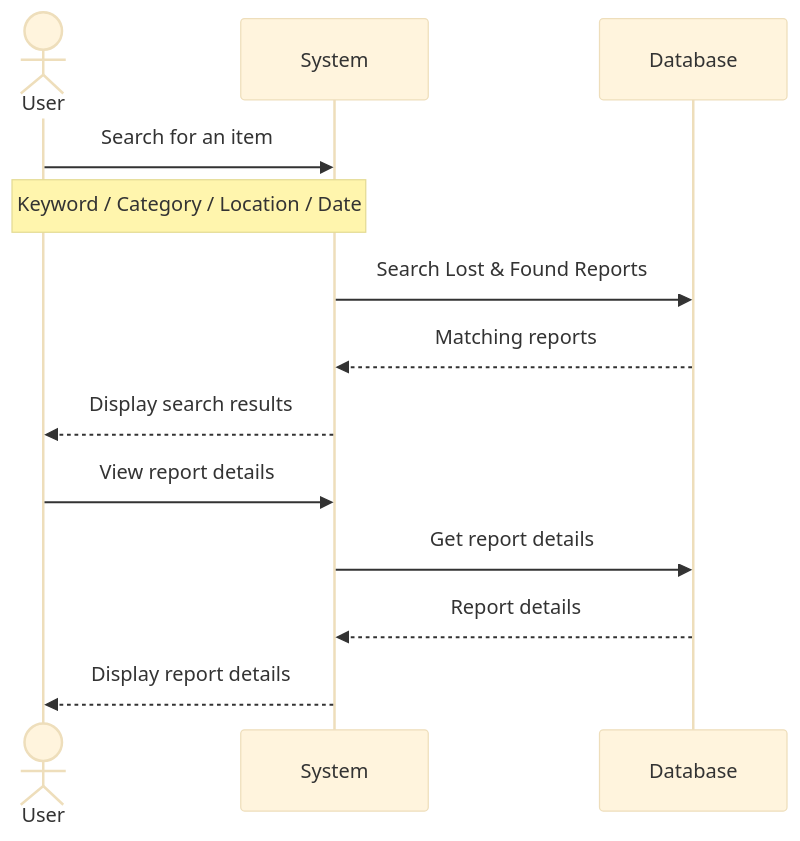
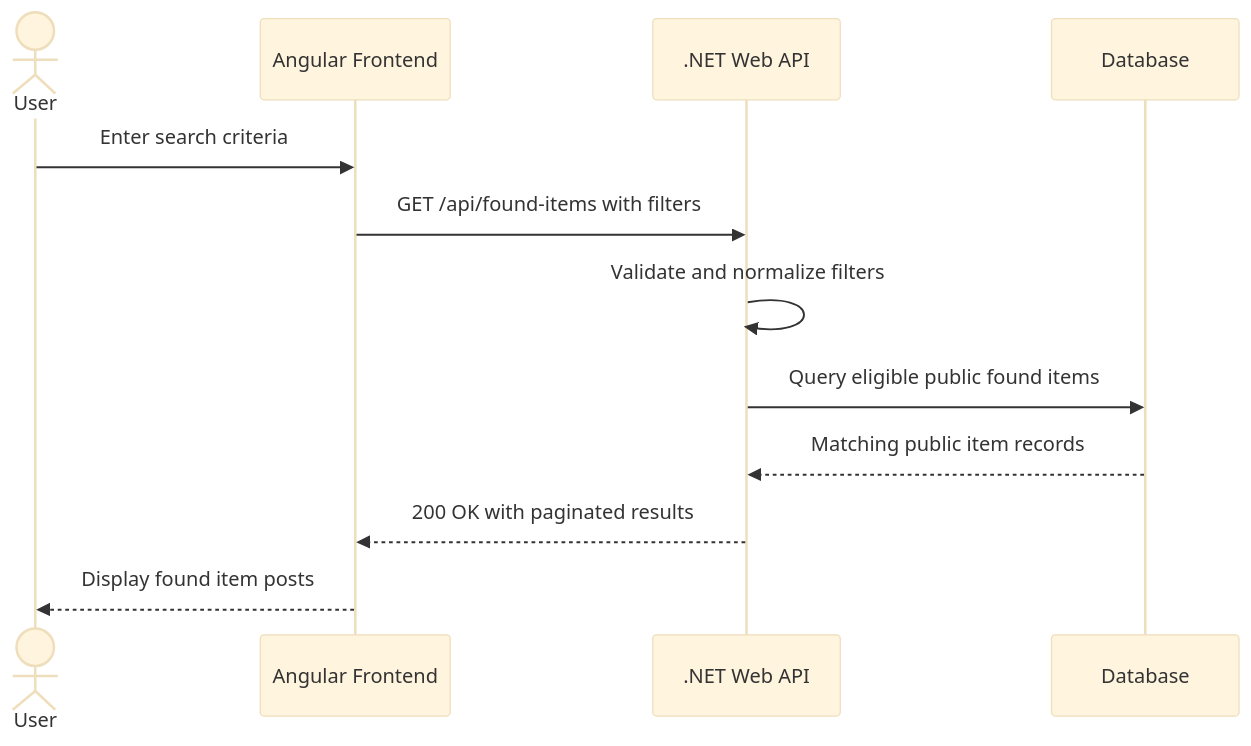
The fourth of 8 diagrams in docs/sequence-diagrams.md (RahmaAmeen0/lost-and-found-platform), drawn with Mermaid (base theme) before and after one commit. The commit also changed other lines of this file, not shown here.

````diff
--- a/docs/sequence-diagrams.md
+++ b/docs/sequence-diagrams.md
@@ -115,20 +122,15 @@
 ```mermaid
 sequenceDiagram
     actor User
-    participant System
-    participant Database
+    participant Frontend as Angular Frontend
+    participant API as .NET Web API
+    participant DB as Database
 
-    User->>System: Search for an item
-    Note over User,System: Keyword / Category / Location / Date
-
-    System->>Database: Search Lost & Found Reports
-    Database-->>System: Matching reports
-
-    System-->>User: Display search results
-
-    User->>System: View report details
-    System->>Database: Get report details
-    Database-->>System: Report details
-
-    System-->>User: Display report details
+    User->>Frontend: Enter search criteria
+    Frontend->>API: GET /api/found-items with filters
+    API->>API: Validate and normalize filters
+    API->>DB: Query eligible public found items
+    DB-->>API: Matching public item records
+    API-->>Frontend: 200 OK with paginated results
+    Frontend-->>User: Display found item posts
 ```
````
